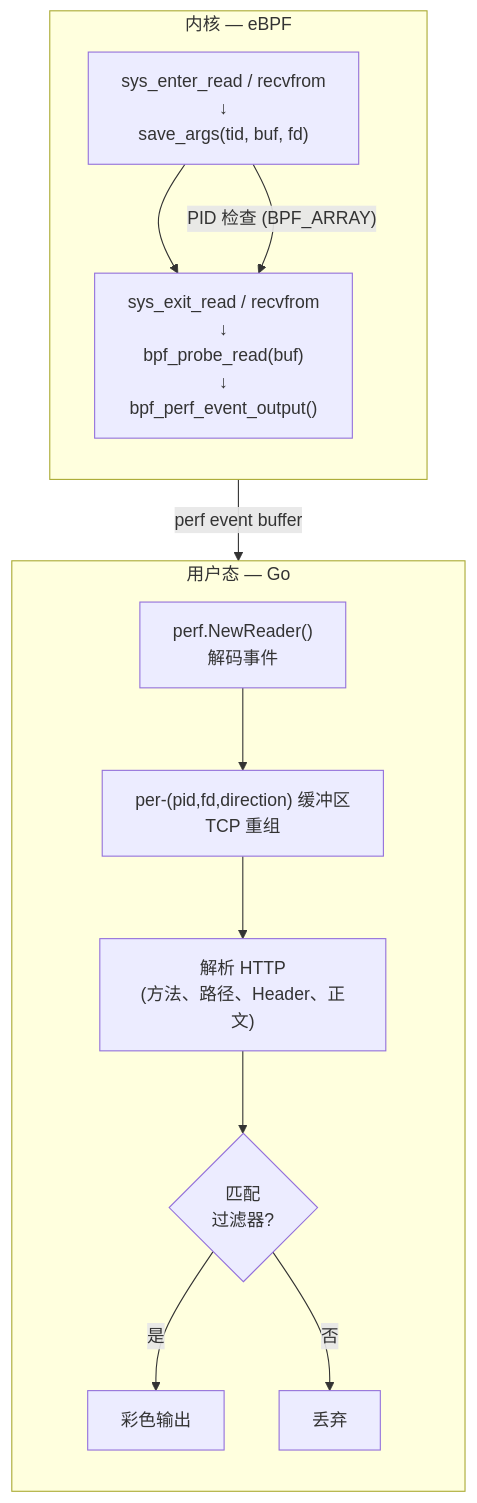
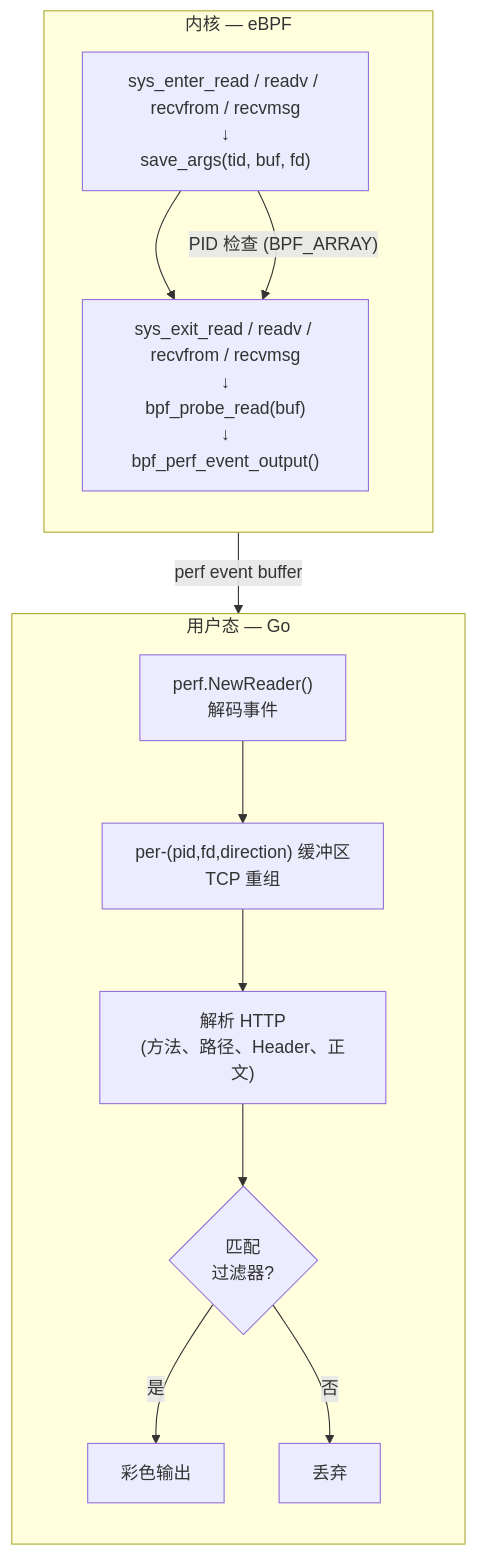
Before and after one commit to ddrpa/pugi: the diagram in README.md, drawn with Mermaid. The commit also changed other lines of this file and 5 other files, not shown here.

Commit message:
feat: Enhance filtering and output control for HTTP traffic observation, improve request-response pairing in collector; Enhance event handling and buffer management; Add support for readv, writev, recvmsg, and sendmsg syscalls

````diff
--- a/README.md
+++ b/README.md
@@ -121,19 +127,19 @@
 ```mermaid
 flowchart TB
     subgraph k[内核 — eBPF]
         direction TB
-        A["sys_enter_read / recvfrom<br/>↓<br/>save_args(tid, buf, fd)"] --> B["sys_exit_read / recvfrom<br/>↓<br/>bpf_probe_read(buf)<br/>↓<br/>bpf_perf_event_output()"]
+        A["sys_enter_read / readv / recvfrom / recvmsg<br/>↓<br/>save_args(tid, buf, fd)"] --> B["sys_exit_read / readv / recvfrom / recvmsg<br/>↓<br/>bpf_probe_read(buf)<br/>↓<br/>bpf_perf_event_output()"]
     end
 
     subgraph u[用户态 — Go]
         direction TB
         C["perf.NewReader()<br/>解码事件"] --> D["per‑(pid,fd,direction) 缓冲区<br/>TCP 重组"]
         D --> E["解析 HTTP<br/>(方法、路径、Header、正文)"]
         E --> F{"匹配<br/>过滤器?"}
         F -->|是| G["彩色输出"]
         F -->|否| H["丢弃"]
     end
 
     A -->|"PID 检查 (BPF_ARRAY)"| B
     B -->|"perf event buffer"| C
 ```
````
